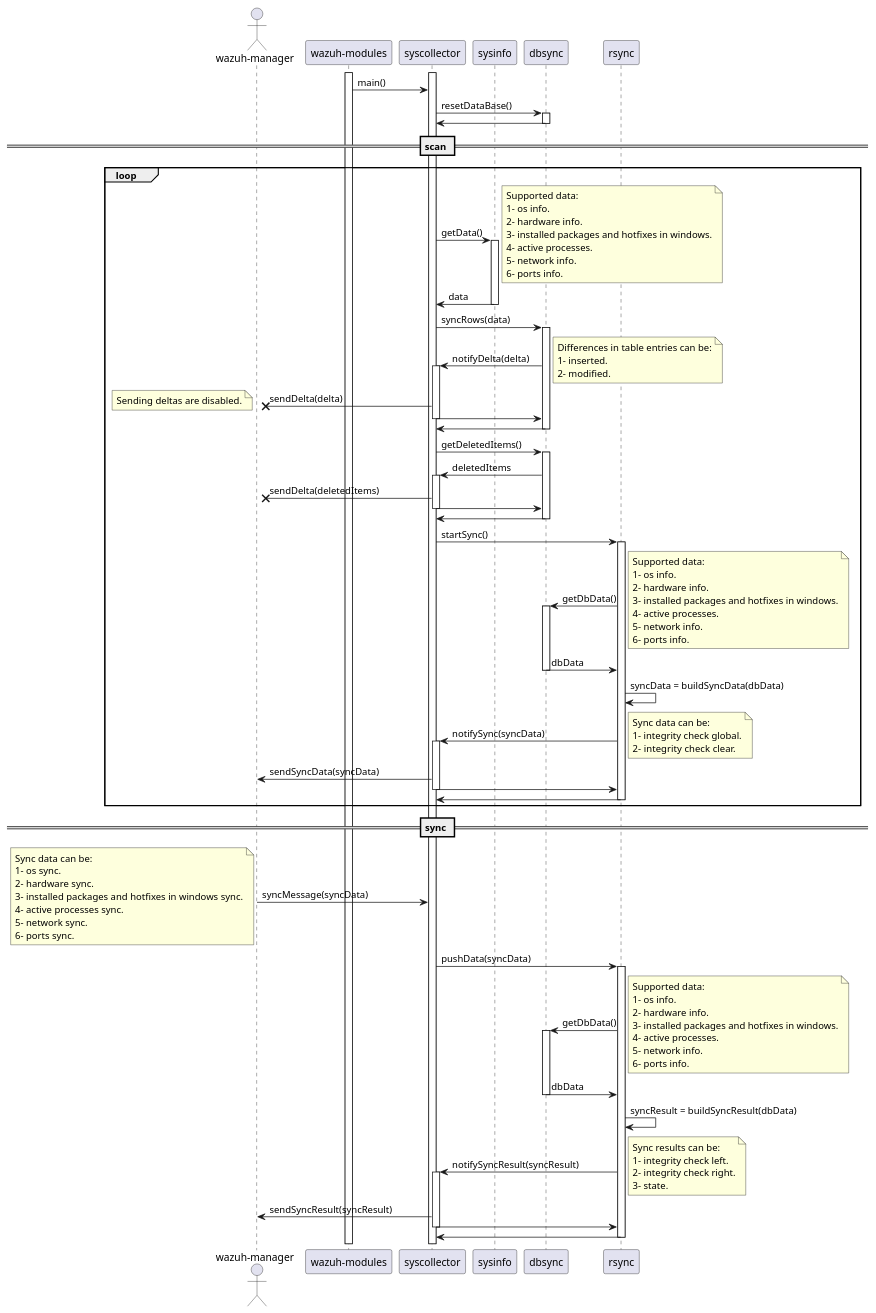
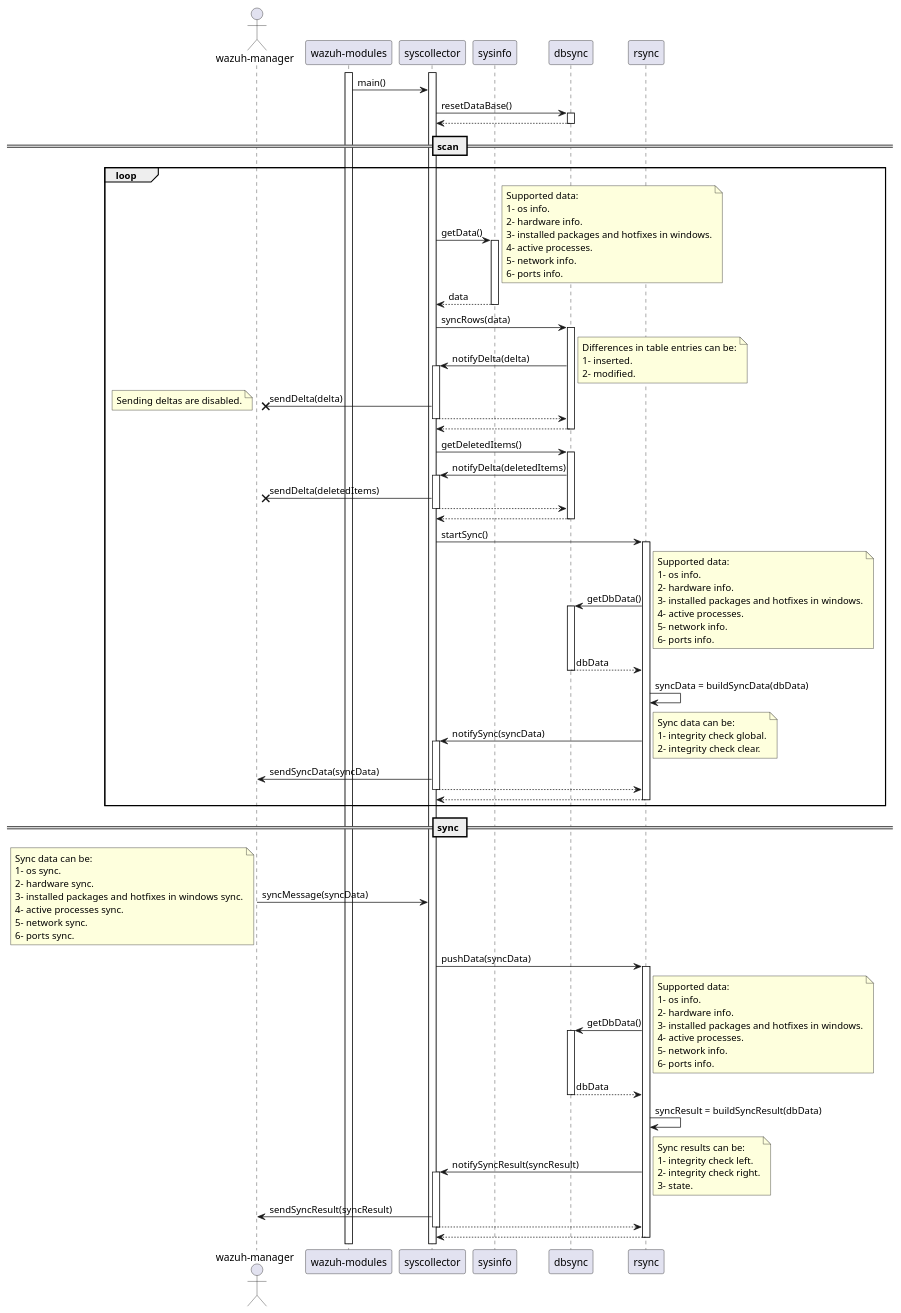
The diagram in architecture/syscollector/000-syscollector-functionality.puml (wazuh/wazuh-agent), drawn with PlantUML before and after one commit.

Commit message:
Fixed returns in diagram.

```diff
--- a/architecture/syscollector/000-syscollector-functionality.puml
+++ b/architecture/syscollector/000-syscollector-functionality.puml
@@ -5,104 +5,104 @@
 @startuml syscollector-funcionality
 actor "wazuh-manager" as manager
 participant "wazuh-modules" as wmodules
 participant syscollector as sysco
 participant sysinfo as info
 participant dbsync
 participant rsync
 
 wmodules++
 sysco++
 wmodules -> sysco : main()
 sysco -> dbsync++ : resetDataBase()
-sysco <- dbsync--
+sysco <-- dbsync--
 == scan ==
 loop 
 sysco -> info++ : getData()
 note right
 Supported data:
 1- os info.
 2- hardware info.
 3- installed packages and hotfixes in windows.
 4- active processes.
 5- network info.
 6- ports info.
 end note
-sysco <- info-- : data
+sysco <-- info-- : data
 sysco -> dbsync++ : syncRows(data)
 dbsync -> sysco++ : notifyDelta(delta)
 note right
 Differences in table entries can be:
 1- inserted.
 2- modified.
 end note
 sysco ->X manager : sendDelta(delta)
 note left
 Sending deltas are disabled.
 end note
-sysco -> dbsync
+sysco --> dbsync
 sysco--
-sysco <- dbsync--
+sysco <-- dbsync--
 sysco -> dbsync++ : getDeletedItems()
-dbsync -> sysco++ : deletedItems
+dbsync -> sysco++ : notifyDelta(deletedItems)
 sysco ->X manager : sendDelta(deletedItems)
-dbsync <- sysco--
-sysco <- dbsync--
+dbsync <-- sysco--
+sysco <-- dbsync--
 
 sysco -> rsync++ : startSync()
 rsync -> dbsync++ : getDbData()
 note right
 Supported data:
 1- os info.
 2- hardware info.
 3- installed packages and hotfixes in windows.
 4- active processes.
 5- network info.
 6- ports info.
 end note
-rsync <- dbsync-- : dbData
+rsync <-- dbsync-- : dbData
 rsync -> rsync : syncData = buildSyncData(dbData)
 rsync -> sysco++ : notifySync(syncData)
 note right
 Sync data can be:
 1- integrity check global.
 2- integrity check clear.
 end note
 sysco -> manager : sendSyncData(syncData)
-rsync <- sysco--
-sysco <- rsync--
+rsync <-- sysco--
+sysco <-- rsync--
 end
 == sync ==
 manager -> sysco : syncMessage(syncData)
 note left
 Sync data can be:
 1- os sync.
 2- hardware sync.
 3- installed packages and hotfixes in windows sync.
 4- active processes sync.
 5- network sync.
 6- ports sync.
 end note
 sysco -> rsync++ : pushData(syncData)
 rsync -> dbsync++ : getDbData()
 note right
 Supported data:
 1- os info.
 2- hardware info.
 3- installed packages and hotfixes in windows.
 4- active processes.
 5- network info.
 6- ports info.
 end note
-rsync <- dbsync-- : dbData
+rsync <-- dbsync-- : dbData
 rsync -> rsync : syncResult = buildSyncResult(dbData)
 rsync -> sysco++ : notifySyncResult(syncResult)
 note right
 Sync results can be:
 1- integrity check left.
 2- integrity check right.
 3- state.
 end note
 sysco -> manager : sendSyncResult(syncResult)
-rsync <- sysco--
-sysco <- rsync--
+rsync <-- sysco--
+sysco <-- rsync--
 @enduml
```
